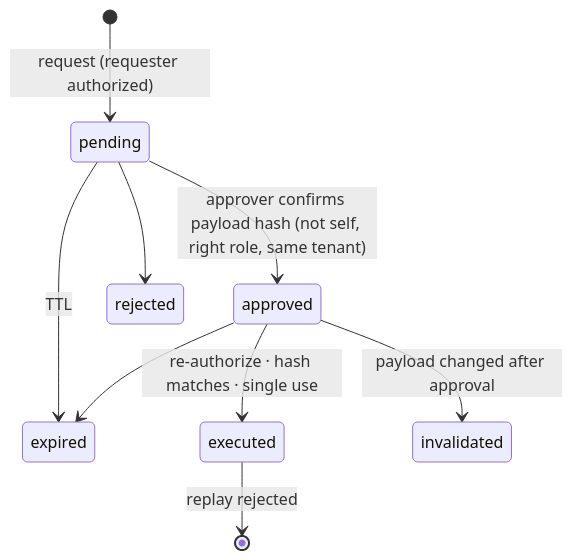
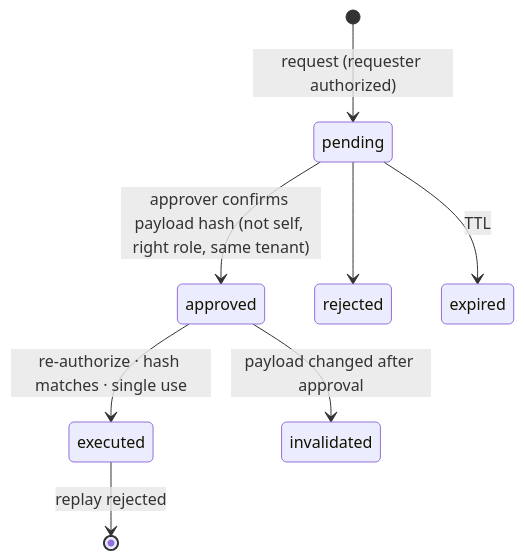
The sixth of 7 diagrams in flo-enterprise/README.md (florina787/Data-sets), drawn with Mermaid before and after one commit. The commit also changed other lines of this file and 67 other files, not shown here.

````diff
--- a/flo-enterprise/README.md
+++ b/flo-enterprise/README.md
@@ -442,11 +345,10 @@
 ```mermaid
 stateDiagram-v2
   [*] --> pending: request (requester authorized)
   pending --> approved: approver confirms payload hash (not self, right role, same tenant)
   pending --> rejected
   pending --> expired: TTL
   approved --> executed: re-authorize · hash matches · single use
   approved --> invalidated: payload changed after approval
-  approved --> expired
   executed --> [*]: replay rejected
 ```
````
